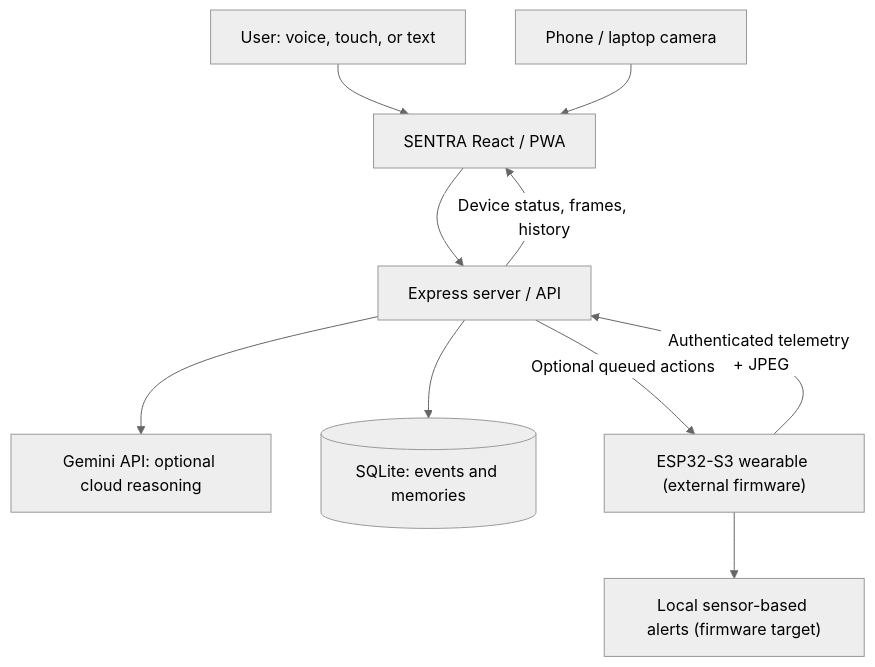
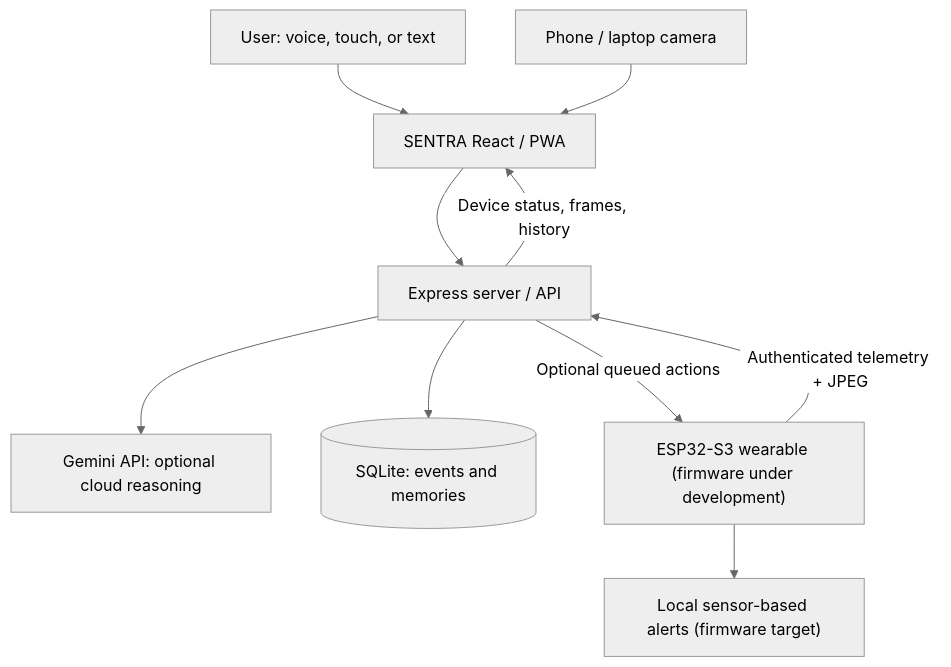
Before and after one commit to makamsrujan/Sentra_EL: the diagram in README.md, drawn with Mermaid (neutral theme). The commit also changed other lines of this file and 35 other files, not shown here.

````diff
--- a/README.md
+++ b/README.md
@@ -28,12 +30,12 @@
 ```mermaid
 flowchart TD
     U["User: voice, touch, or text"] --> APP["SENTRA React / PWA"]
     CAM["Phone / laptop camera"] --> APP
     APP --> API["Express server / API"]
     API --> GEM["Gemini API: optional cloud reasoning"]
     API --> DB[("SQLite: events and memories")]
-    ESP["ESP32-S3 wearable (external firmware)"] -->|"Authenticated telemetry + JPEG"| API
+    ESP["ESP32-S3 wearable (firmware under development)"] -->|"Authenticated telemetry + JPEG"| API
     API -->|"Optional queued actions"| ESP
     API -->|"Device status, frames, history"| APP
     ESP --> LOCAL["Local sensor-based alerts (firmware target)"]
 ```
````
